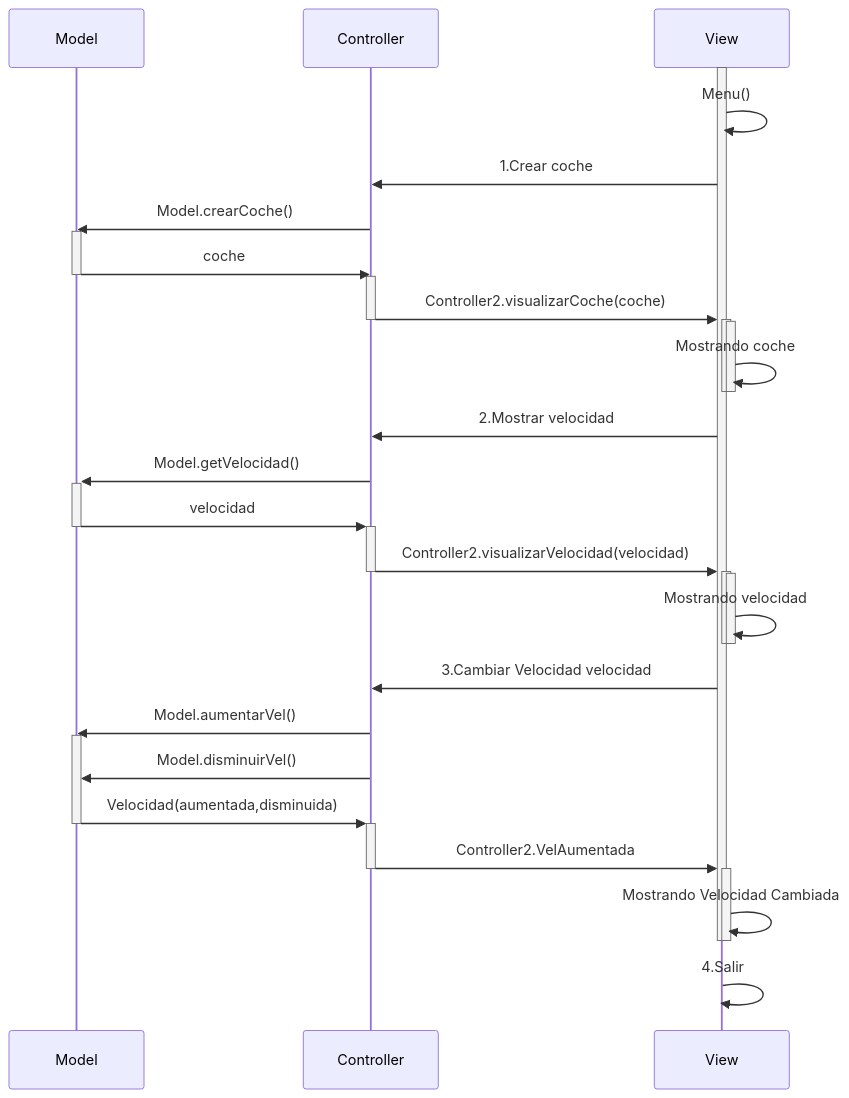
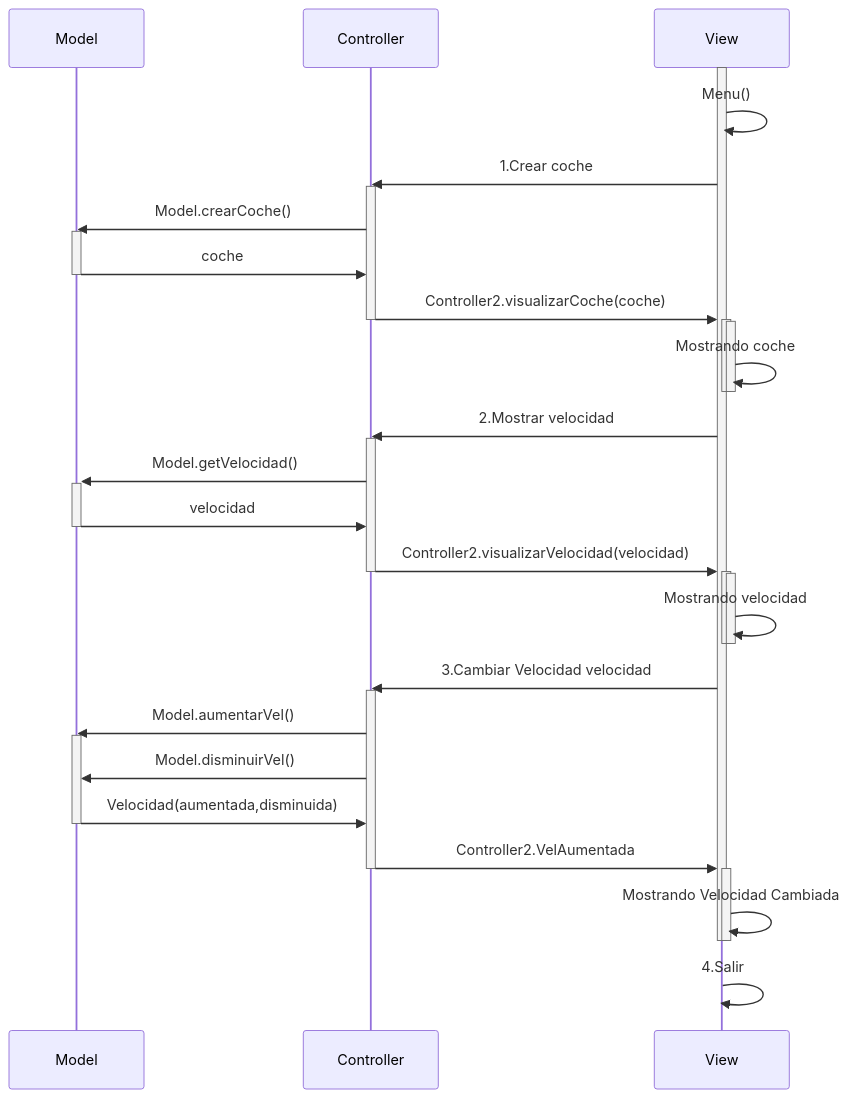
One commit to Dimitri2004/Diagrama_Secuencia_COD changed the diagram in Readme.md. Above: the diagram before and after it, drawn with Mermaid. The commit also changed 2 other files, not shown here.

Commit message:
MVC-Con diagrama de secuencia 1.3

````diff
--- a/Readme.md
+++ b/Readme.md
@@ -1,53 +1,53 @@
 ```mermaid
 sequenceDiagram 
     participant Model
     participant Controller
     participant View
 
 
     
     activate View
     View->>View:Menu()
     
     View->>Controller:1.Crear coche
-
+    activate Controller
     Controller->>Model: Model.crearCoche()
     activate Model
     Model->>Controller: coche
     deactivate Model
-    activate Controller
     Controller->>+View: Controller2.visualizarCoche(coche)
     deactivate Controller
     activate View
     View->>View:Mostrando coche
     deactivate View
     deactivate View
     View->>Controller:2.Mostrar velocidad
+    activate Controller
     Controller->>+Model: Model.getVelocidad()
-    Model->>+Controller:velocidad
+    Model->>Controller:velocidad
     deactivate Model
     Controller->>+View: Controller2.visualizarVelocidad(velocidad)
     deactivate Controller
     activate View
     View->>-View: Mostrando velocidad
     deactivate View
     View->>Controller:3.Cambiar Velocidad velocidad
-  
+  activate Controller
     Controller->>Model:Model.aumentarVel()
     activate Model
     Controller->>Model:Model.disminuirVel()
-    Model->>+Controller:Velocidad(aumentada,disminuida)
+    Model->>Controller:Velocidad(aumentada,disminuida)
     deactivate Model
     Controller->>+View:Controller2.VelAumentada
     deactivate Controller
     View->>View:Mostrando Velocidad Cambiada
     deactivate View
     deactivate View
     View->>View:4.Salir
    
 
     
     
     
 
 ```
````
